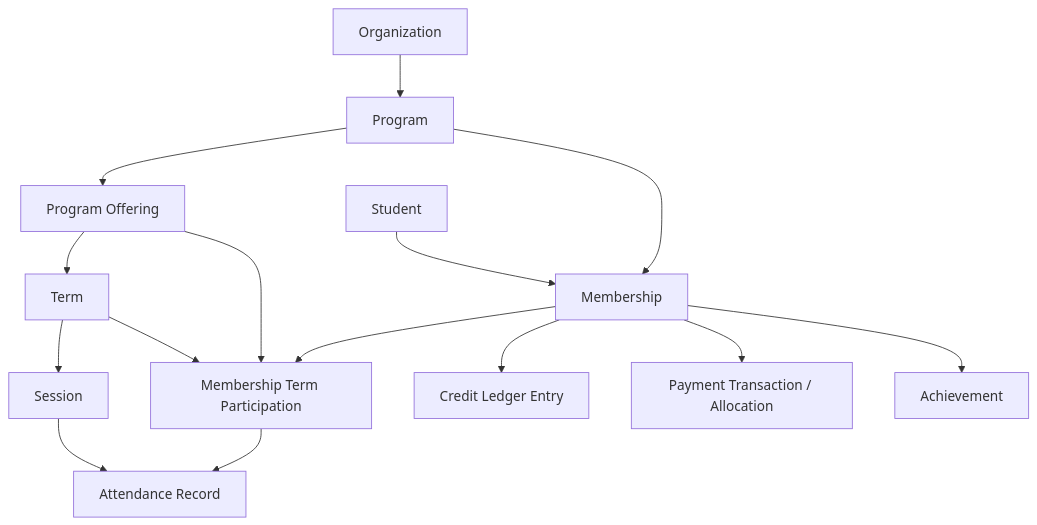
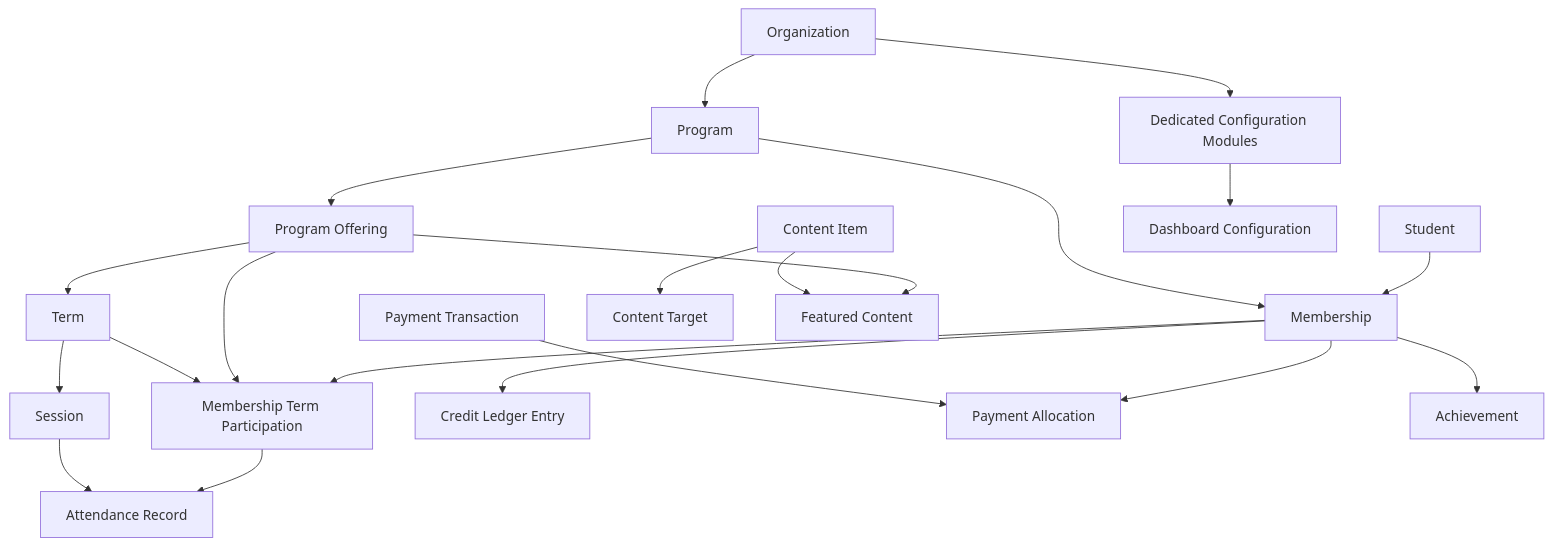
Before and after one commit to harekrishnamovementguntur-dev/gokulam360: the first of 3 diagrams in docs/architecture/diagrams.md, drawn with Mermaid. The commit also changed other lines of this file, not shown here.

Commit message:
docs: extend domain and module diagrams

````diff
--- a/docs/architecture/diagrams.md
+++ b/docs/architecture/diagrams.md
@@ -5,17 +5,23 @@
 ```mermaid
 flowchart TD
   O["Organization"] --> P["Program"]
+  O --> CFG["Dedicated Configuration Modules"]
   P --> OF["Program Offering"]
   OF --> T["Term"]
   T --> S["Session"]
   ST["Student"] --> M["Membership"]
   P --> M
   M --> MTP["Membership Term Participation"]
   OF --> MTP
   T --> MTP
   MTP --> A["Attendance Record"]
   S --> A
   M --> CL["Credit Ledger Entry"]
-  M --> PT["Payment Transaction / Allocation"]
+  M --> PA["Payment Allocation"]
+  PT["Payment Transaction"] --> PA
   M --> ACH["Achievement"]
+  CI["Content Item"] --> CT["Content Target"]
+  OF --> FC["Featured Content"]
+  CI --> FC
+  CFG --> DASH["Dashboard Configuration"]
 ```
````
